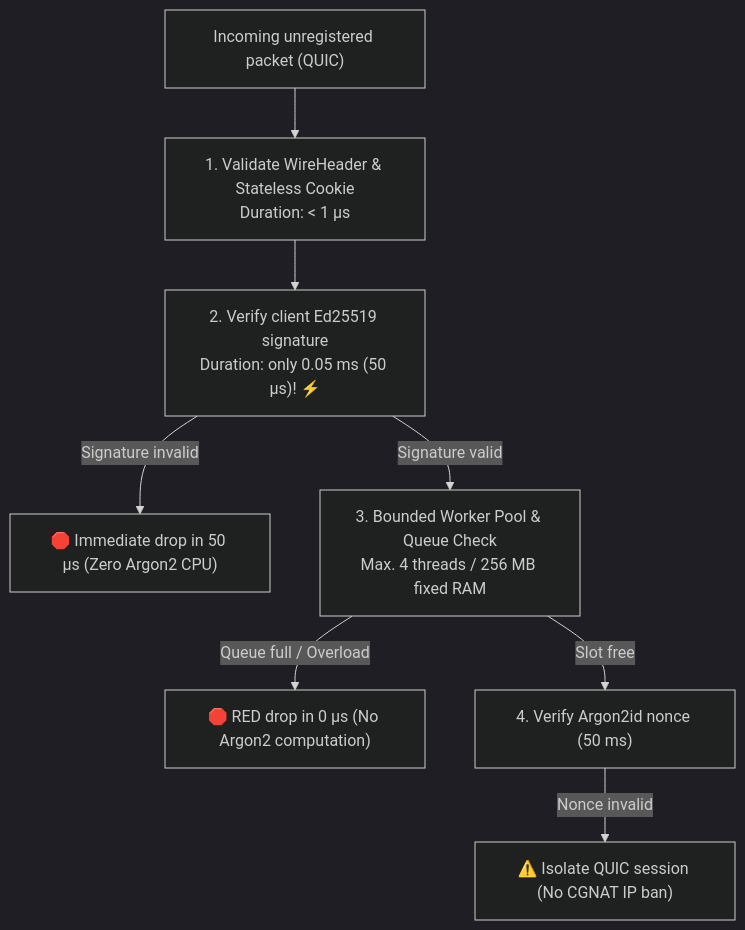
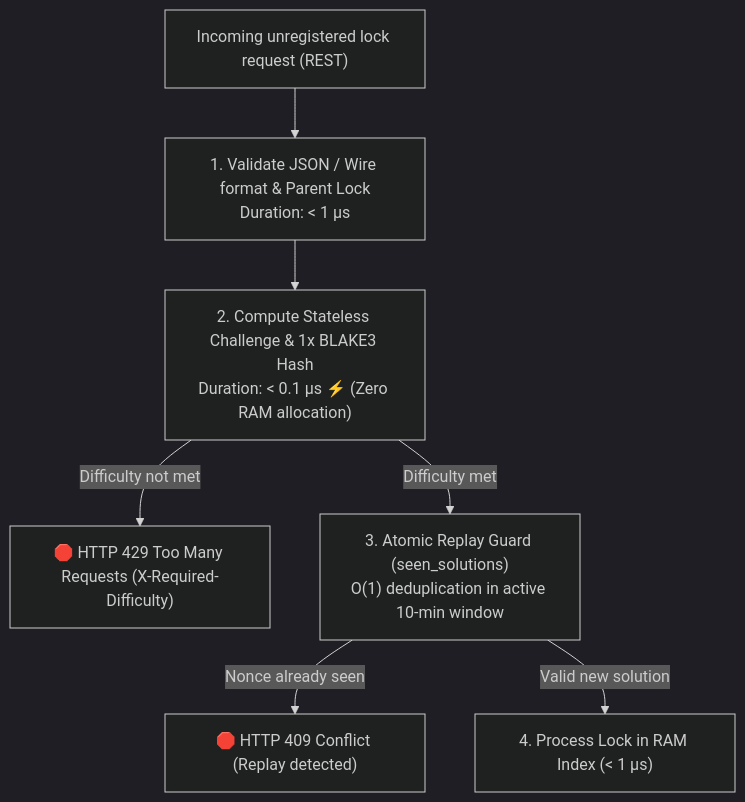
Before and after one commit to minutogit/human-money-node: the fourth of 4 diagrams in docs/13_client_ingress_und_access_tiering.md, drawn with Mermaid (dark theme). The commit also changed other lines of this file and 16 other files, not shown here.

````diff
--- a/docs/13_client_ingress_und_access_tiering.md
+++ b/docs/13_client_ingress_und_access_tiering.md
@@ -137,10 +134,9 @@
 ```mermaid
 flowchart TD
-    Incoming["Incoming unregistered packet (QUIC)"] --> Step1["1. Validate WireHeader & Stateless Cookie<br>Duration: < 1 µs"]
-    Step1 --> Step2["2. Verify client Ed25519 signature<br>Duration: only 0.05 ms (50 µs)! ⚡"]
-    Step2 -- "Signature invalid" --> Drop1["🛑 Immediate drop in 50 µs (Zero Argon2 CPU)"]
-    Step2 -- "Signature valid" --> Step3["3. Bounded Worker Pool & Queue Check<br>Max. 4 threads / 256 MB fixed RAM"]
-    Step3 -- "Queue full / Overload" --> Drop2["🛑 RED drop in 0 µs (No Argon2 computation)"]
-    Step3 -- "Slot free" --> Step4["4. Verify Argon2id nonce (50 ms)"]
-    Step4 -- "Nonce invalid" --> Drop3["⚠️ Isolate QUIC session (No CGNAT IP ban)"]
+    Incoming["Incoming unregistered lock request (REST)"] --> Step1["1. Validate JSON / Wire format & Parent Lock<br>Duration: < 1 µs"]
+    Step1 --> Step2["2. Compute Stateless Challenge & 1x BLAKE3 Hash<br>Duration: < 0.1 µs ⚡ (Zero RAM allocation)"]
+    Step2 -- "Difficulty not met" --> Drop1["🛑 HTTP 429 Too Many Requests (X-Required-Difficulty)"]
+    Step2 -- "Difficulty met" --> Step3["3. Atomic Replay Guard (seen_solutions)<br>O(1) deduplication in active 10-min window"]
+    Step3 -- "Nonce already seen" --> Drop2["🛑 HTTP 409 Conflict (Replay detected)"]
+    Step3 -- "Valid new solution" --> Step4["4. Process Lock in RAM Index (< 1 µs)"]
 ```
````
